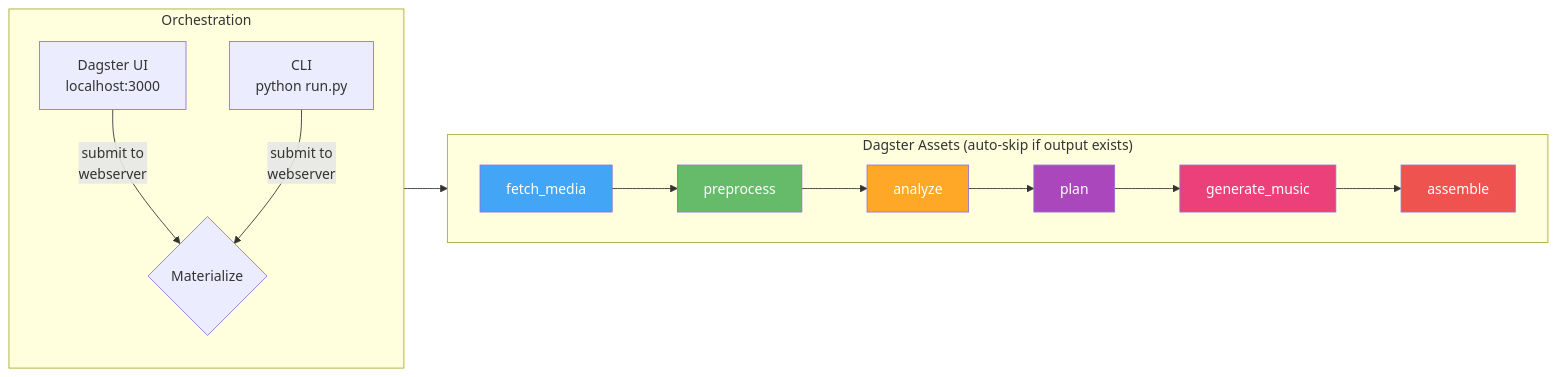
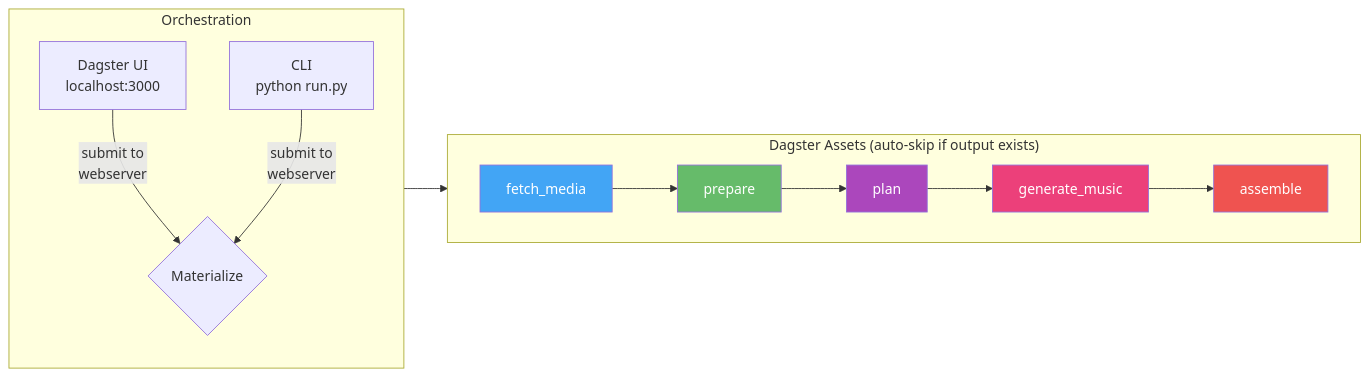
One commit to Guoyuer/reelsmith changed the diagram in README.md. Above: the diagram before and after it, drawn with Mermaid. The commit also changed other lines of this file and 3 other files, not shown here.

````diff
--- a/README.md
+++ b/README.md
@@ -7,27 +7,25 @@
 ```mermaid
 flowchart LR
     subgraph Orchestration
         direction TB
         DG[Dagster UI<br/>localhost:3000]
         CLI[CLI<br/>python run.py]
         DG & CLI -->|submit to<br/>webserver| MAT{Materialize}
     end
 
     subgraph "Dagster Assets (auto-skip if output exists)"
         direction LR
-        FM[fetch_media] --> PP[preprocess]
-        PP --> AN[analyze]
-        AN --> PL[plan]
+        FM[fetch_media] --> PR[prepare]
+        PR --> PL[plan]
         PL --> GM[generate_music]
         GM --> AS[assemble]
     end
 
     MAT --> FM
 
     style FM fill:#42A5F5,color:#fff
-    style PP fill:#66BB6A,color:#fff
-    style AN fill:#FFA726,color:#fff
+    style PR fill:#66BB6A,color:#fff
     style PL fill:#AB47BC,color:#fff
     style GM fill:#EC407A,color:#fff
     style AS fill:#EF5350,color:#fff
 ```
````
